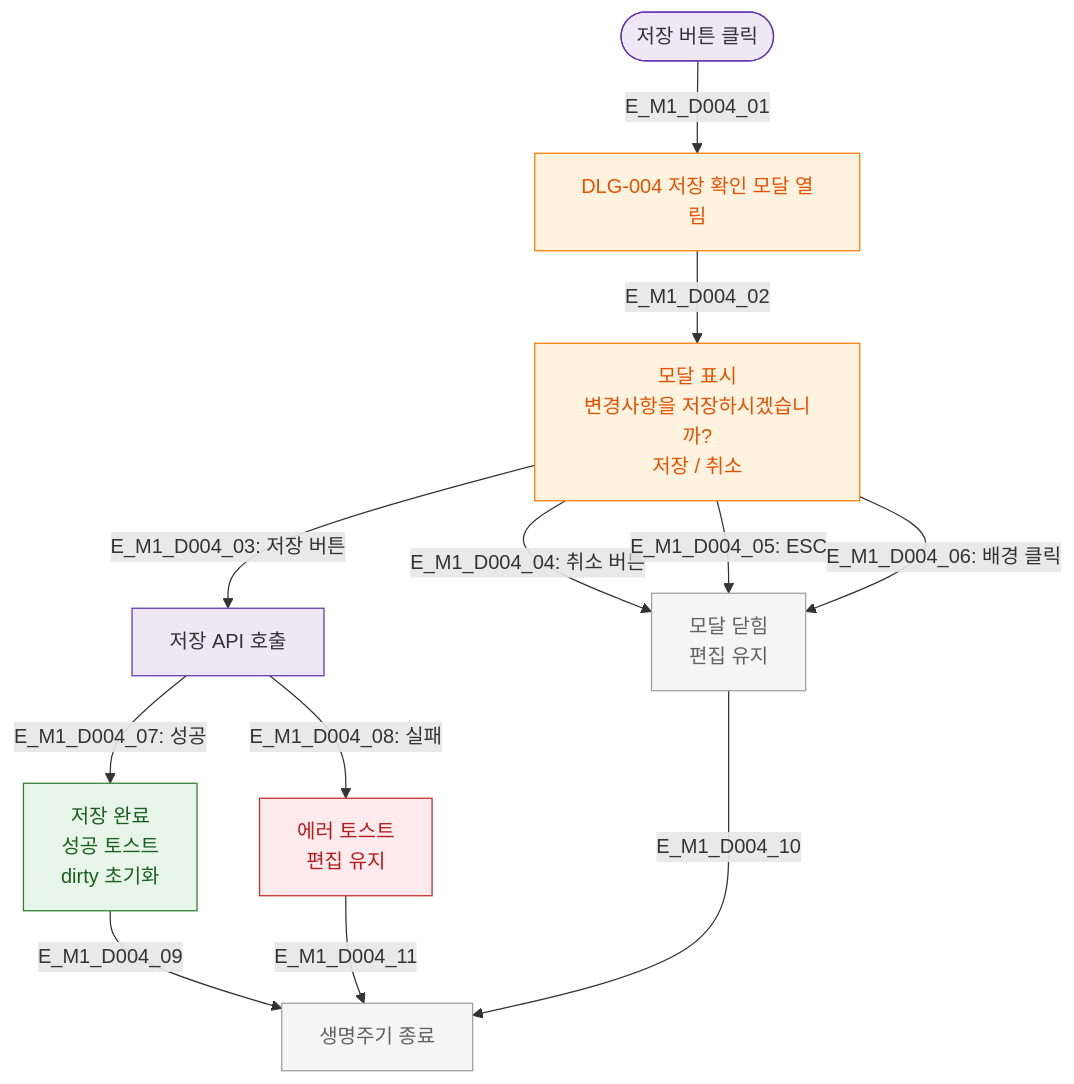
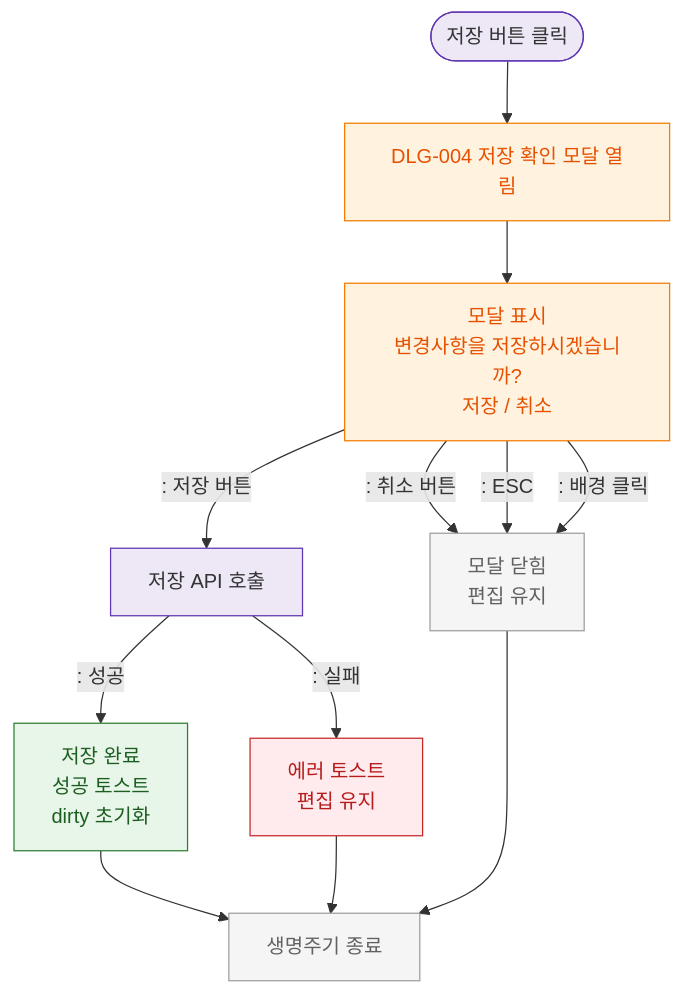
The diagram in docs/다이어그램/D01_공통/DLG/DLG-004_저장확인/M1_생명주기.md (dev-spogym/admin-pando), drawn with Mermaid before and after one commit. The commit also changed other lines of this file and 1660 other files, not shown here.

First line of the commit message:
다이어그램: 기획자/클라이언트 납품본으로 정리

````diff
--- a/docs/다이어그램/D01_공통/DLG/DLG-004_저장확인/M1_생명주기.md
+++ b/docs/다이어그램/D01_공통/DLG/DLG-004_저장확인/M1_생명주기.md
@@ -19,29 +17,29 @@
 ```mermaid
 flowchart TD
-    TRIGGER([저장 버튼 클릭]) -->|E_M1_D004_01| OPEN[DLG-004 저장 확인 모달 열림]
+    TRIGGER([저장 버튼 클릭]) --> OPEN[DLG-004 저장 확인 모달 열림]
 
-    OPEN -->|E_M1_D004_02| DISPLAY[모달 표시\n변경사항을 저장하시겠습니까?\n저장 / 취소]
+    OPEN --> DISPLAY[모달 표시\n변경사항을 저장하시겠습니까?\n저장 / 취소]
 
-    DISPLAY -->|"E_M1_D004_03: 저장 버튼"| SAVE_API[저장 API 호출]
-    DISPLAY -->|"E_M1_D004_04: 취소 버튼"| CANCEL[모달 닫힘\n편집 유지]
-    DISPLAY -->|"E_M1_D004_05: ESC"| CANCEL
-    DISPLAY -->|"E_M1_D004_06: 배경 클릭"| CANCEL
+    DISPLAY -->|": 저장 버튼"|SAVE_API[저장 API 호출]
+    DISPLAY -->|": 취소 버튼"|CANCEL[모달 닫힘\n편집 유지]
+    DISPLAY -->|": ESC"|CANCEL
+    DISPLAY -->|": 배경 클릭"|CANCEL
 
-    SAVE_API -->|"E_M1_D004_07: 성공"| SUCCESS[저장 완료\n성공 토스트\ndirty 초기화]
-    SAVE_API -->|"E_M1_D004_08: 실패"| ERROR[에러 토스트\n편집 유지]
+    SAVE_API -->|": 성공"|SUCCESS[저장 완료\n성공 토스트\ndirty 초기화]
+    SAVE_API -->|": 실패"|ERROR[에러 토스트\n편집 유지]
 
-    SUCCESS -->|E_M1_D004_09| CLOSED[생명주기 종료]
-    CANCEL -->|E_M1_D004_10| CLOSED
-    ERROR -->|E_M1_D004_11| CLOSED
+    SUCCESS --> CLOSED[생명주기 종료]
+    CANCEL --> CLOSED
+    ERROR --> CLOSED
 
-    classDef modal   fill:#FFF3E0,stroke:#F57C00,color:#E65100
-    classDef system  fill:#EDE7F6,stroke:#5E35B2
+    classDef modal fill:#FFF3E0,stroke:#F57C00,color:#E65100
+    classDef system fill:#EDE7F6,stroke:#5E35B2
     classDef success fill:#E8F5E9,stroke:#2E7D32,color:#1B5E20
-    classDef error   fill:#FFEBEE,stroke:#C62828,color:#B71C1C
+    classDef error fill:#FFEBEE,stroke:#C62828,color:#B71C1C
     classDef rbacBlocked fill:#F5F5F5,stroke:#9E9E9E,color:#616161
     class OPEN,DISPLAY modal
     class TRIGGER,SAVE_API system
     class SUCCESS success
     class ERROR error
     class CANCEL,CLOSED rbacBlocked
 ```
````
